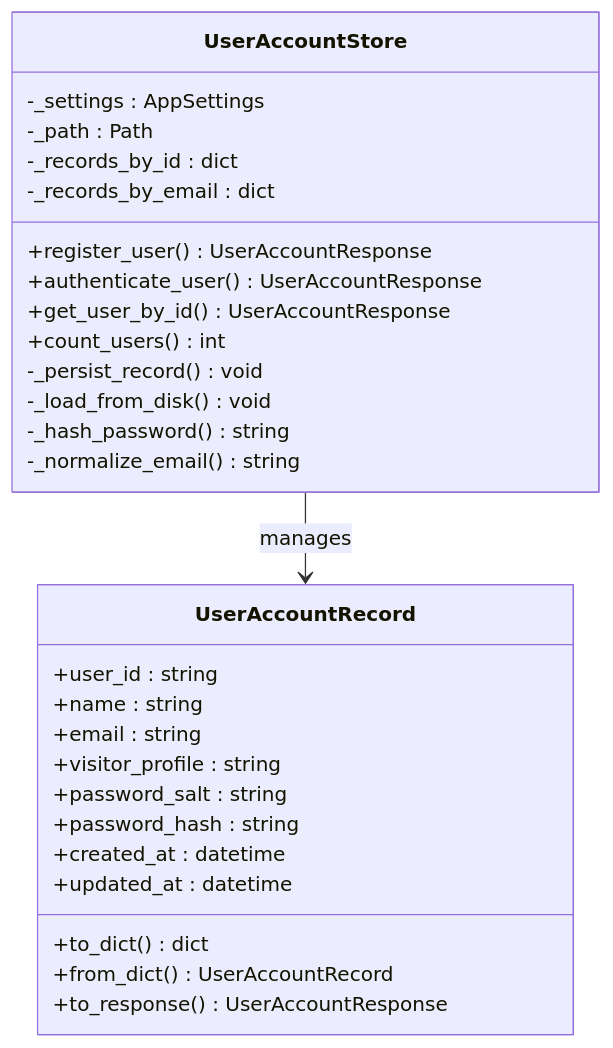
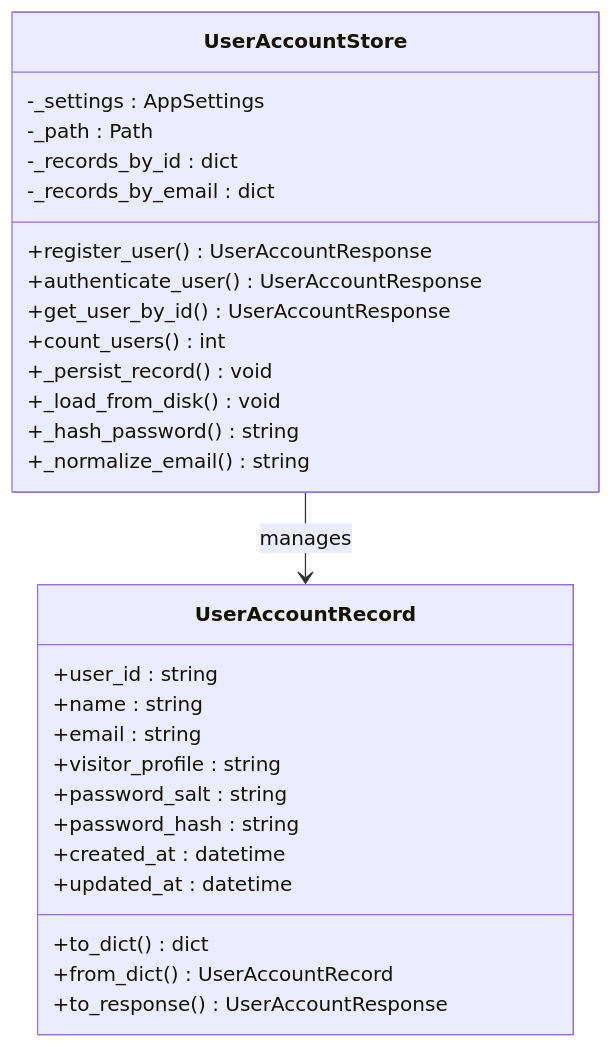
One commit to intellistream/sage-mate changed the third of 9 diagrams in .qoder/repowiki/en/content/Core Components/Integrated Account Management View.md. Above: the diagram before and after it, drawn with Mermaid. The commit also changed other lines of this file and 45 other files, not shown here.

````diff
--- a/.qoder/repowiki/en/content/Core Components/Integrated Account Management View.md
+++ b/.qoder/repowiki/en/content/Core Components/Integrated Account Management View.md
@@ -123,31 +140,31 @@
 ```mermaid
 classDiagram
 class UserAccountStore {
 -_settings : AppSettings
 -_path : Path
 -_records_by_id : dict
 -_records_by_email : dict
 +register_user() UserAccountResponse
 +authenticate_user() UserAccountResponse
 +get_user_by_id() UserAccountResponse
 +count_users() int
--_persist_record() void
--_load_from_disk() void
--_hash_password() string
--_normalize_email() string
++_persist_record() void
++_load_from_disk() void
++_hash_password() string
++_normalize_email() string
 }
 class UserAccountRecord {
 +user_id : string
 +name : string
 +email : string
 +visitor_profile : string
 +password_salt : string
 +password_hash : string
 +created_at : datetime
 +updated_at : datetime
 +to_dict() dict
 +from_dict() UserAccountRecord
 +to_response() UserAccountResponse
 }
 UserAccountStore --> UserAccountRecord : manages
 ```
````
